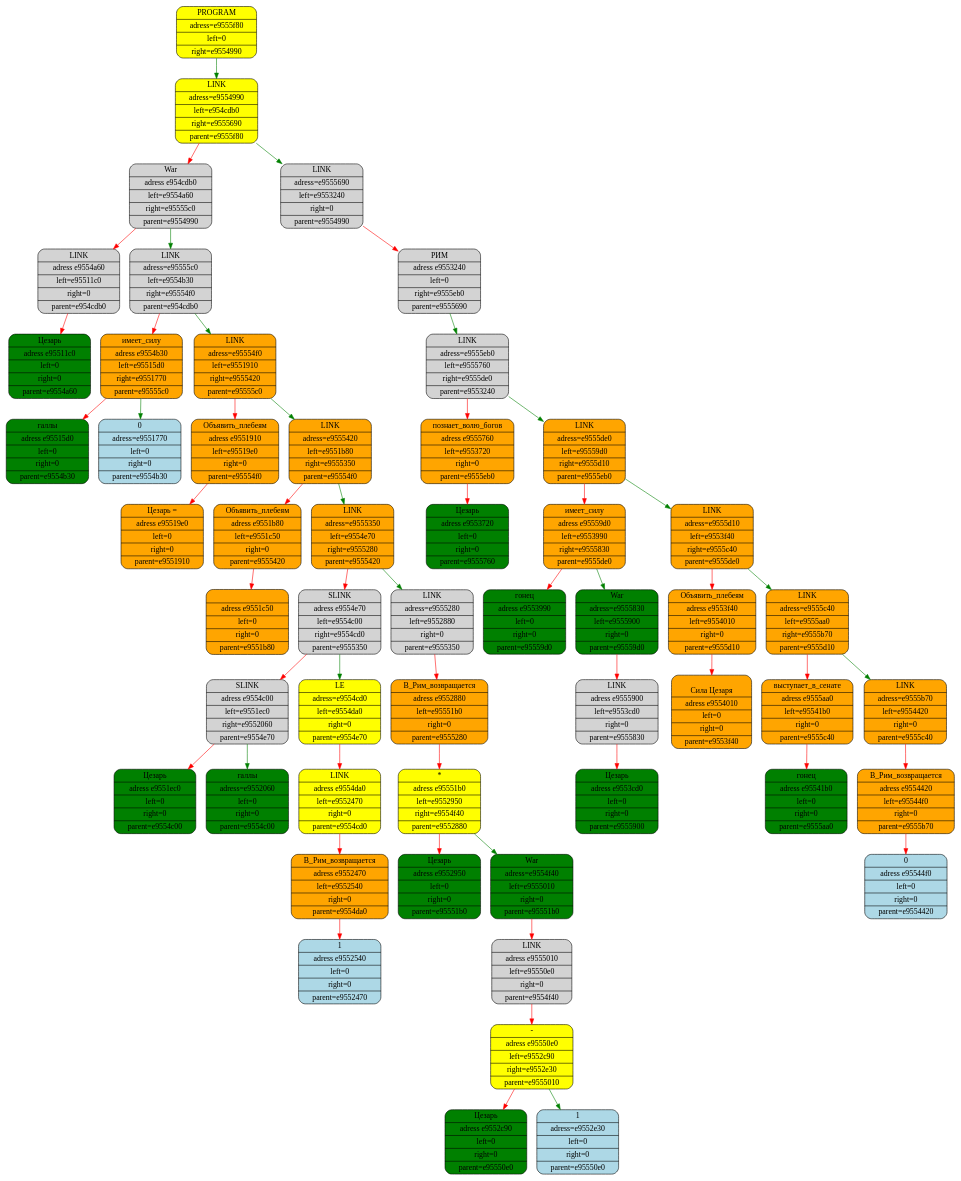
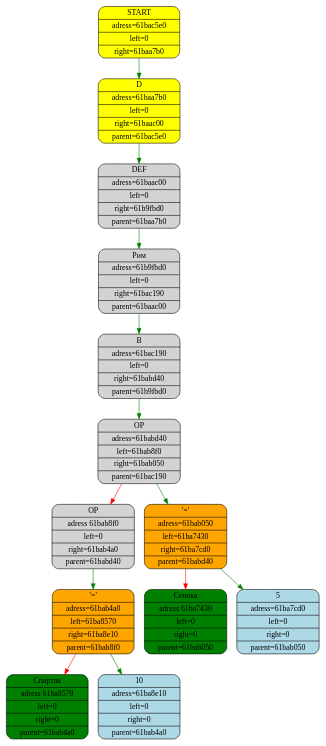
Before and after one commit to kostya2709/New_Roman: the diagram in equation_dump.gv, drawn with Graphviz. The commit also changed 39 other files, not shown here.

```diff
--- a/equation_dump.gv
+++ b/equation_dump.gv
@@ -1,108 +1,28 @@
 digraph First{
 node [shape="Mrecord", style="filled", fillcolor="lightblue"];
-"boxe9555f80" [fillcolor = "yellow",label="{PROGRAM|adress=e9555f80|left=0|right=e9554990}"];
-"boxe9554990" [fillcolor="yellow",label="{LINK|adress=e9554990|left=e954cdb0|right=e9555690|parent=e9555f80}"];
-"boxe9555f80" -> "boxe9554990"[color="green"];
-"boxe954cdb0" [fillcolor="",label="{War|adress e954cdb0|left=e9554a60|right=e95555c0|parent=e9554990}"];
-"boxe9554990" -> "boxe954cdb0"[color="red"];
-"boxe9554a60" [fillcolor="",label="{LINK|adress e9554a60|left=e95511c0|right=0|parent=e954cdb0}"];
-"boxe954cdb0" -> "boxe9554a60"[color="red"];
-"boxe95511c0" [fillcolor="green",label="{Цезарь|adress e95511c0|left=0|right=0|parent=e9554a60}"];
-"boxe9554a60" -> "boxe95511c0"[color="red"];
-"boxe95555c0" [fillcolor="",label="{LINK|adress=e95555c0|left=e9554b30|right=e95554f0|parent=e954cdb0}"];
-"boxe954cdb0" -> "boxe95555c0"[color="green"];
-"boxe9554b30" [fillcolor="orange",label="{имеет_силу|adress e9554b30|left=e95515d0|right=e9551770|parent=e95555c0}"];
-"boxe95555c0" -> "boxe9554b30"[color="red"];
-"boxe95515d0" [fillcolor="green",label="{галлы|adress e95515d0|left=0|right=0|parent=e9554b30}"];
-"boxe9554b30" -> "boxe95515d0"[color="red"];
-"boxe9551770" [label="{0|adress=e9551770|left=0|right=0|parent=e9554b30}"];
-"boxe9554b30" -> "boxe9551770"[color="green"];
-"boxe95554f0" [fillcolor="orange",label="{LINK|adress=e95554f0|left=e9551910|right=e9555420|parent=e95555c0}"];
-"boxe95555c0" -> "boxe95554f0"[color="green"];
-"boxe9551910" [fillcolor="orange",label="{Объявить_плебеям|adress e9551910|left=e95519e0|right=0|parent=e95554f0}"];
-"boxe95554f0" -> "boxe9551910"[color="red"];
-"boxe95519e0" [fillcolor="orange",label="{Цезарь = |adress e95519e0|left=0|right=0|parent=e9551910}"];
-"boxe9551910" -> "boxe95519e0"[color="red"];
-"boxe9555420" [fillcolor="orange",label="{LINK|adress=e9555420|left=e9551b80|right=e9555350|parent=e95554f0}"];
-"boxe95554f0" -> "boxe9555420"[color="green"];
-"boxe9551b80" [fillcolor="orange",label="{Объявить_плебеям|adress e9551b80|left=e9551c50|right=0|parent=e9555420}"];
-"boxe9555420" -> "boxe9551b80"[color="red"];
-"boxe9551c50" [fillcolor="orange",label="{\n|adress e9551c50|left=0|right=0|parent=e9551b80}"];
-"boxe9551b80" -> "boxe9551c50"[color="red"];
-"boxe9555350" [fillcolor="orange",label="{LINK|adress=e9555350|left=e9554e70|right=e9555280|parent=e9555420}"];
-"boxe9555420" -> "boxe9555350"[color="green"];
-"boxe9554e70" [fillcolor="",label="{SLINK|adress e9554e70|left=e9554c00|right=e9554cd0|parent=e9555350}"];
-"boxe9555350" -> "boxe9554e70"[color="red"];
-"boxe9554c00" [fillcolor="",label="{SLINK|adress e9554c00|left=e9551ec0|right=e9552060|parent=e9554e70}"];
-"boxe9554e70" -> "boxe9554c00"[color="red"];
-"boxe9551ec0" [fillcolor="green",label="{Цезарь|adress e9551ec0|left=0|right=0|parent=e9554c00}"];
-"boxe9554c00" -> "boxe9551ec0"[color="red"];
-"boxe9552060" [fillcolor="green",label="{галлы|adress=e9552060|left=0|right=0|parent=e9554c00}"];
-"boxe9554c00" -> "boxe9552060"[color="green"];
-"boxe9554cd0" [fillcolor="yellow",label="{LE|adress=e9554cd0|left=e9554da0|right=0|parent=e9554e70}"];
-"boxe9554e70" -> "boxe9554cd0"[color="green"];
-"boxe9554da0" [fillcolor="yellow",label="{LINK|adress e9554da0|left=e9552470|right=0|parent=e9554cd0}"];
-"boxe9554cd0" -> "boxe9554da0"[color="red"];
-"boxe9552470" [fillcolor="orange",label="{В_Рим_возвращается|adress e9552470|left=e9552540|right=0|parent=e9554da0}"];
-"boxe9554da0" -> "boxe9552470"[color="red"];
-"boxe9552540" [label="{1|adress e9552540|left=0|right=0|parent=e9552470}"];
-"boxe9552470" -> "boxe9552540"[color="red"];
-"boxe9555280" [fillcolor="",label="{LINK|adress=e9555280|left=e9552880|right=0|parent=e9555350}"];
-"boxe9555350" -> "boxe9555280"[color="green"];
-"boxe9552880" [fillcolor="orange",label="{В_Рим_возвращается|adress e9552880|left=e95551b0|right=0|parent=e9555280}"];
-"boxe9555280" -> "boxe9552880"[color="red"];
-"boxe95551b0" [fillcolor="yellow",label="{*|adress e95551b0|left=e9552950|right=e9554f40|parent=e9552880}"];
-"boxe9552880" -> "boxe95551b0"[color="red"];
-"boxe9552950" [fillcolor="green",label="{Цезарь|adress e9552950|left=0|right=0|parent=e95551b0}"];
-"boxe95551b0" -> "boxe9552950"[color="red"];
-"boxe9554f40" [fillcolor="green",label="{War|adress=e9554f40|left=e9555010|right=0|parent=e95551b0}"];
-"boxe95551b0" -> "boxe9554f40"[color="green"];
-"boxe9555010" [fillcolor="",label="{LINK|adress e9555010|left=e95550e0|right=0|parent=e9554f40}"];
-"boxe9554f40" -> "boxe9555010"[color="red"];
-"boxe95550e0" [fillcolor="yellow",label="{-|adress e95550e0|left=e9552c90|right=e9552e30|parent=e9555010}"];
-"boxe9555010" -> "boxe95550e0"[color="red"];
-"boxe9552c90" [fillcolor="green",label="{Цезарь|adress e9552c90|left=0|right=0|parent=e95550e0}"];
-"boxe95550e0" -> "boxe9552c90"[color="red"];
-"boxe9552e30" [label="{1|adress=e9552e30|left=0|right=0|parent=e95550e0}"];
-"boxe95550e0" -> "boxe9552e30"[color="green"];
-"boxe9555690" [fillcolor="",label="{LINK|adress=e9555690|left=e9553240|right=0|parent=e9554990}"];
-"boxe9554990" -> "boxe9555690"[color="green"];
-"boxe9553240" [fillcolor="",label="{РИМ|adress e9553240|left=0|right=e9555eb0|parent=e9555690}"];
-"boxe9555690" -> "boxe9553240"[color="red"];
-"boxe9555eb0" [fillcolor="",label="{LINK|adress=e9555eb0|left=e9555760|right=e9555de0|parent=e9553240}"];
-"boxe9553240" -> "boxe9555eb0"[color="green"];
-"boxe9555760" [fillcolor="orange",label="{познает_волю_богов|adress e9555760|left=e9553720|right=0|parent=e9555eb0}"];
-"boxe9555eb0" -> "boxe9555760"[color="red"];
-"boxe9553720" [fillcolor="green",label="{Цезарь|adress e9553720|left=0|right=0|parent=e9555760}"];
-"boxe9555760" -> "boxe9553720"[color="red"];
-"boxe9555de0" [fillcolor="orange",label="{LINK|adress=e9555de0|left=e95559d0|right=e9555d10|parent=e9555eb0}"];
-"boxe9555eb0" -> "boxe9555de0"[color="green"];
-"boxe95559d0" [fillcolor="orange",label="{имеет_силу|adress e95559d0|left=e9553990|right=e9555830|parent=e9555de0}"];
-"boxe9555de0" -> "boxe95559d0"[color="red"];
-"boxe9553990" [fillcolor="green",label="{гонец|adress e9553990|left=0|right=0|parent=e95559d0}"];
-"boxe95559d0" -> "boxe9553990"[color="red"];
-"boxe9555830" [fillcolor="green",label="{War|adress=e9555830|left=e9555900|right=0|parent=e95559d0}"];
-"boxe95559d0" -> "boxe9555830"[color="green"];
-"boxe9555900" [fillcolor="",label="{LINK|adress e9555900|left=e9553cd0|right=0|parent=e9555830}"];
-"boxe9555830" -> "boxe9555900"[color="red"];
-"boxe9553cd0" [fillcolor="green",label="{Цезарь|adress e9553cd0|left=0|right=0|parent=e9555900}"];
-"boxe9555900" -> "boxe9553cd0"[color="red"];
-"boxe9555d10" [fillcolor="orange",label="{LINK|adress=e9555d10|left=e9553f40|right=e9555c40|parent=e9555de0}"];
-"boxe9555de0" -> "boxe9555d10"[color="green"];
-"boxe9553f40" [fillcolor="orange",label="{Объявить_плебеям|adress e9553f40|left=e9554010|right=0|parent=e9555d10}"];
-"boxe9555d10" -> "boxe9553f40"[color="red"];
-"boxe9554010" [fillcolor="orange",label="{\nСила Цезаря |adress e9554010|left=0|right=0|parent=e9553f40}"];
-"boxe9553f40" -> "boxe9554010"[color="red"];
-"boxe9555c40" [fillcolor="orange",label="{LINK|adress=e9555c40|left=e9555aa0|right=e9555b70|parent=e9555d10}"];
-"boxe9555d10" -> "boxe9555c40"[color="green"];
-"boxe9555aa0" [fillcolor="orange",label="{выступает_в_сенате|adress e9555aa0|left=e95541b0|right=0|parent=e9555c40}"];
-"boxe9555c40" -> "boxe9555aa0"[color="red"];
-"boxe95541b0" [fillcolor="green",label="{гонец|adress e95541b0|left=0|right=0|parent=e9555aa0}"];
-"boxe9555aa0" -> "boxe95541b0"[color="red"];
-"boxe9555b70" [fillcolor="orange",label="{LINK|adress=e9555b70|left=e9554420|right=0|parent=e9555c40}"];
-"boxe9555c40" -> "boxe9555b70"[color="green"];
-"boxe9554420" [fillcolor="orange",label="{В_Рим_возвращается|adress e9554420|left=e95544f0|right=0|parent=e9555b70}"];
-"boxe9555b70" -> "boxe9554420"[color="red"];
-"boxe95544f0" [label="{0|adress e95544f0|left=0|right=0|parent=e9554420}"];
-"boxe9554420" -> "boxe95544f0"[color="red"];
+"box61bac5e0" [fillcolor = "yellow",label="{START|adress=61bac5e0|left=0|right=61baa7b0}"];
+"box61baa7b0" [fillcolor="yellow",label="{D|adress=61baa7b0|left=0|right=61baac00|parent=61bac5e0}"];
+"box61bac5e0" -> "box61baa7b0"[color="green"];
+"box61baac00" [fillcolor="",label="{DEF|adress=61baac00|left=0|right=61b9fbd0|parent=61baa7b0}"];
+"box61baa7b0" -> "box61baac00"[color="green"];
+"box61b9fbd0" [fillcolor="",label="{Рим|adress=61b9fbd0|left=0|right=61bac190|parent=61baac00}"];
+"box61baac00" -> "box61b9fbd0"[color="green"];
+"box61bac190" [fillcolor="",label="{B|adress=61bac190|left=0|right=61babd40|parent=61b9fbd0}"];
+"box61b9fbd0" -> "box61bac190"[color="green"];
+"box61babd40" [fillcolor="",label="{OP|adress=61babd40|left=61bab8f0|right=61bab050|parent=61bac190}"];
+"box61bac190" -> "box61babd40"[color="green"];
+"box61bab8f0" [fillcolor="",label="{OP|adress 61bab8f0|left=0|right=61bab4a0|parent=61babd40}"];
+"box61babd40" -> "box61bab8f0"[color="red"];
+"box61bab4a0" [fillcolor="orange",label="{'='|adress=61bab4a0|left=61ba8570|right=61ba8e10|parent=61bab8f0}"];
+"box61bab8f0" -> "box61bab4a0"[color="green"];
+"box61ba8570" [fillcolor="green",label="{Спартак|adress 61ba8570|left=0|right=0|parent=61bab4a0}"];
+"box61bab4a0" -> "box61ba8570"[color="red"];
+"box61ba8e10" [label="{10|adress=61ba8e10|left=0|right=0|parent=61bab4a0}"];
+"box61bab4a0" -> "box61ba8e10"[color="green"];
+"box61bab050" [fillcolor="orange",label="{'='|adress=61bab050|left=61ba7430|right=61ba7cd0|parent=61babd40}"];
+"box61babd40" -> "box61bab050"[color="green"];
+"box61ba7430" [fillcolor="green",label="{Сенека|adress 61ba7430|left=0|right=0|parent=61bab050}"];
+"box61bab050" -> "box61ba7430"[color="red"];
+"box61ba7cd0" [label="{5|adress=61ba7cd0|left=0|right=0|parent=61bab050}"];
+"box61bab050" -> "box61ba7cd0"[color="green"];
 }
```
